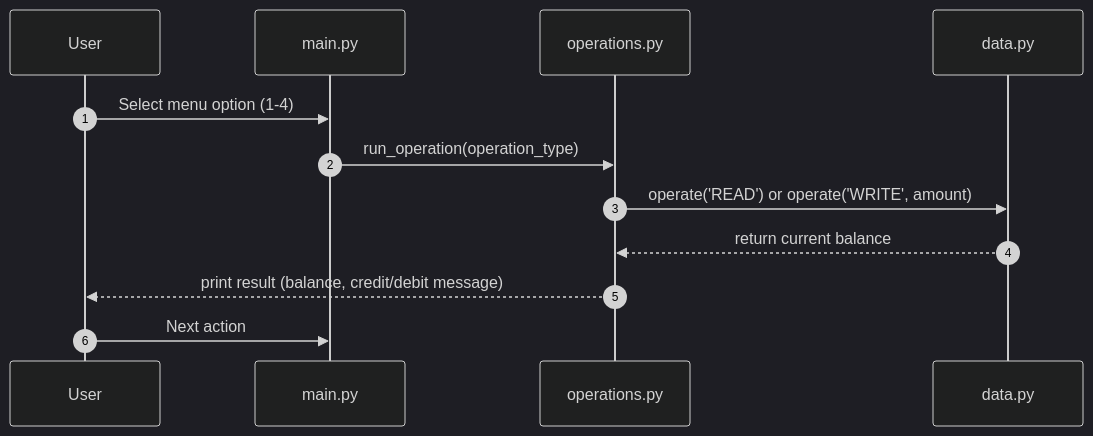
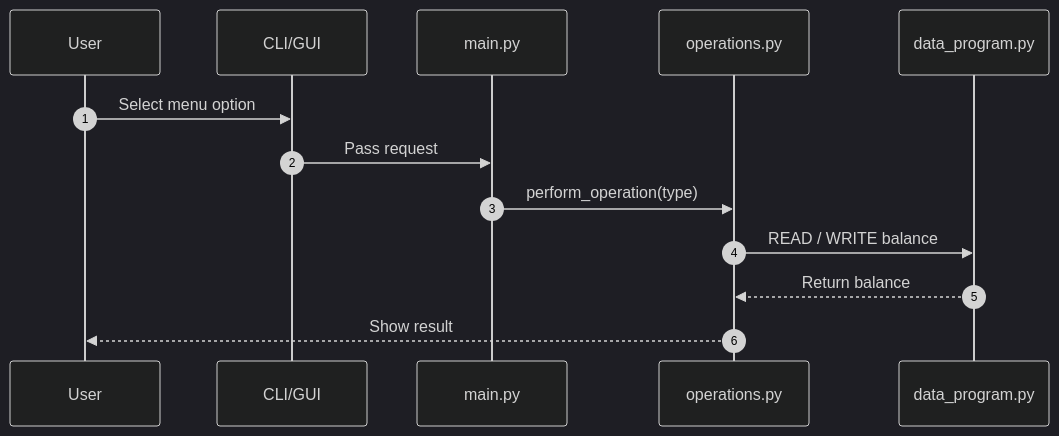
The diagram in README.md (Sorio51/Cobol-to-python), drawn with Mermaid (dark theme) before and after one commit. The commit also changed other lines of this file and 4 other files, not shown here.

````diff
--- a/README.md
+++ b/README.md
@@ -63,15 +26,16 @@
 ```mermaid
 sequenceDiagram
     autonumber
     participant User
+    participant CLI/GUI
     participant Main as main.py
     participant Ops as operations.py
-    participant Data as data.py
+    participant Data as data_program.py
 
-    User->>Main: Select menu option (1-4)
-    Main->>Ops: run_operation(operation_type)
-    Ops->>Data: operate('READ') or operate('WRITE', amount)
-    Data-->>Ops: return current balance
-    Ops-->>User: print result (balance, credit/debit message)
-    User->>Main: Next action
+    User->>CLI/GUI: Select menu option
+    CLI/GUI->>Main: Pass request
+    Main->>Ops: perform_operation(type)
+    Ops->>Data: READ / WRITE balance
+    Data-->>Ops: Return balance
+    Ops-->>User: Show result
 ```
````
